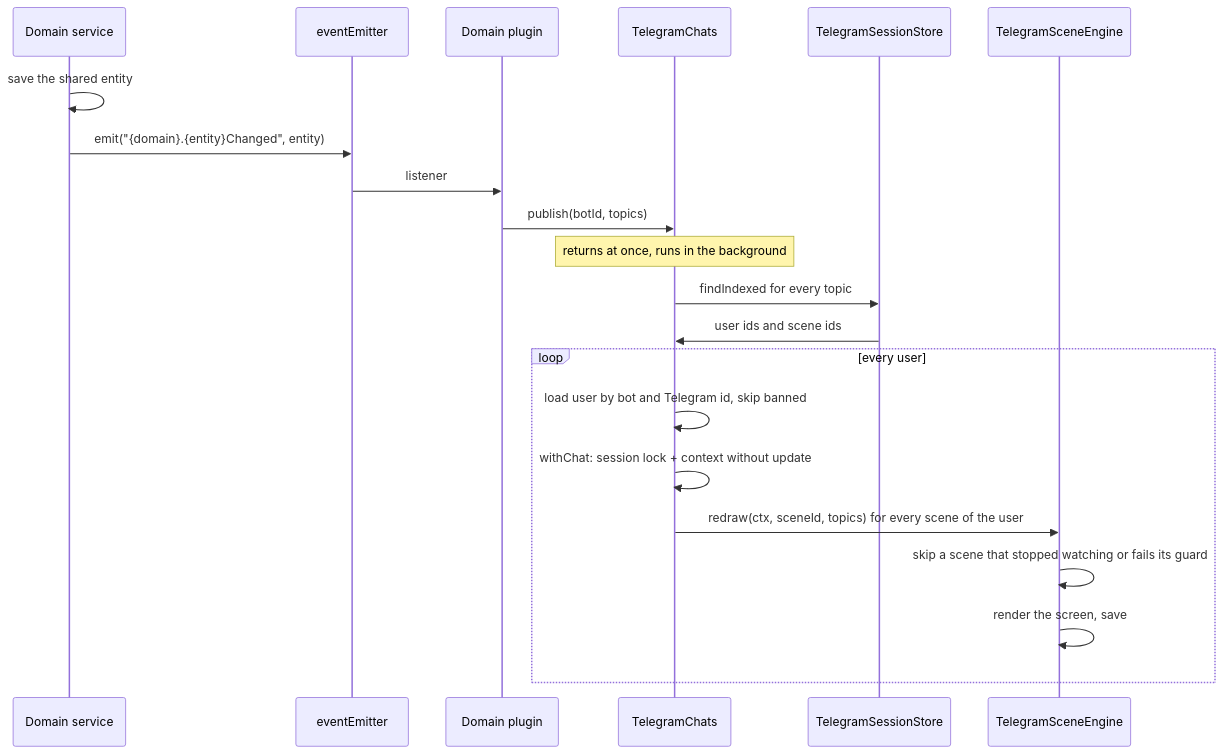
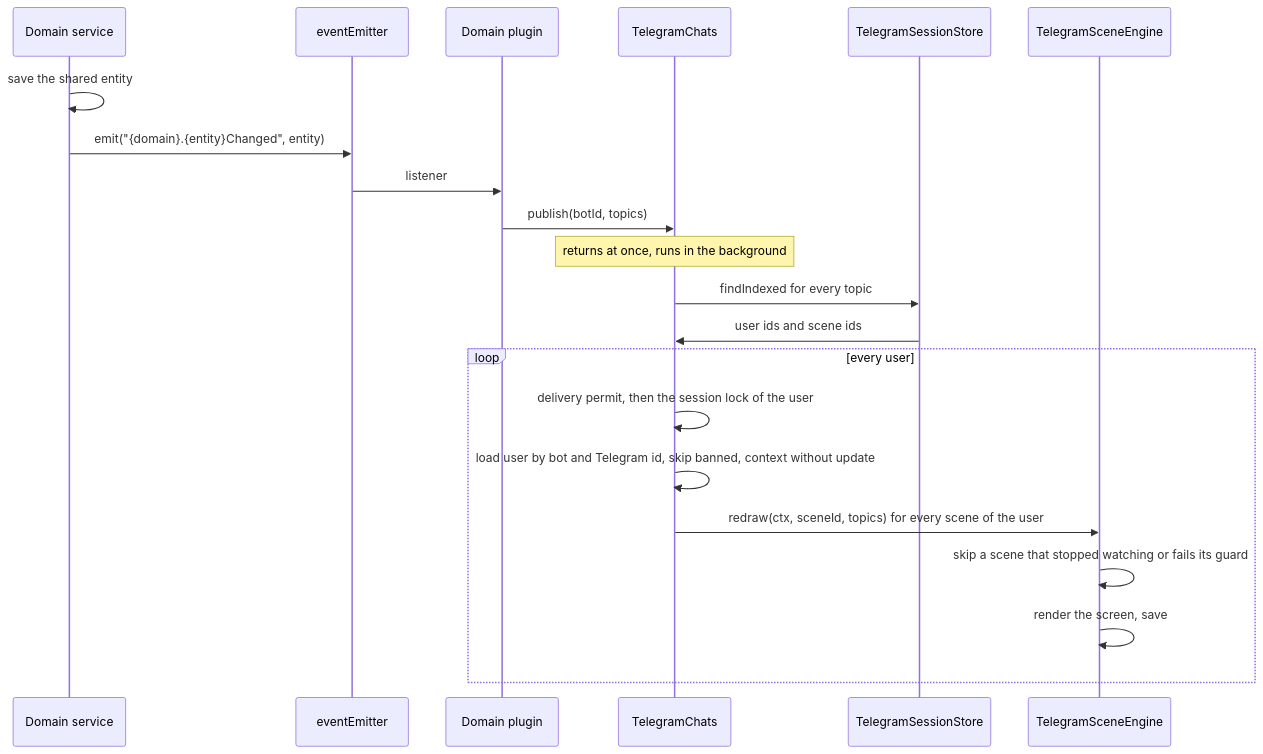
The fourth of 6 diagrams in apps/server/src/plugins/app/telegram/README.md (ayuvlasenko/smart-assistant), drawn with Mermaid before and after one commit. The commit also changed other lines of this file and 1 other file, not shown here.

First line of the commit message:
docs: bring the telegram and poker READMEs in line with the branch

````diff
--- a/apps/server/src/plugins/app/telegram/README.md
+++ b/apps/server/src/plugins/app/telegram/README.md
@@ -682,24 +682,24 @@
 ```mermaid
 sequenceDiagram
     participant D as Domain service
     participant Em as eventEmitter
     participant P as Domain plugin
     participant C as TelegramChats
     participant S as TelegramSessionStore
     participant E as TelegramSceneEngine
 
     D->>D: save the shared entity
     D->>Em: emit("{domain}.{entity}Changed", entity)
     Em->>P: listener
     P->>C: publish(botId, topics)
     Note over C: returns at once, runs in the background
     C->>S: findIndexed for every topic
     S->>C: user ids and scene ids
     loop every user
-        C->>C: load user by bot and Telegram id, skip banned
-        C->>C: withChat: session lock + context without update
+        C->>C: delivery permit, then the session lock of the user
+        C->>C: load user by bot and Telegram id, skip banned, context without update
         C->>E: redraw(ctx, sceneId, topics) for every scene of the user
         E->>E: skip a scene that stopped watching or fails its guard
         E->>E: render the screen, save
     end
 ```
````
